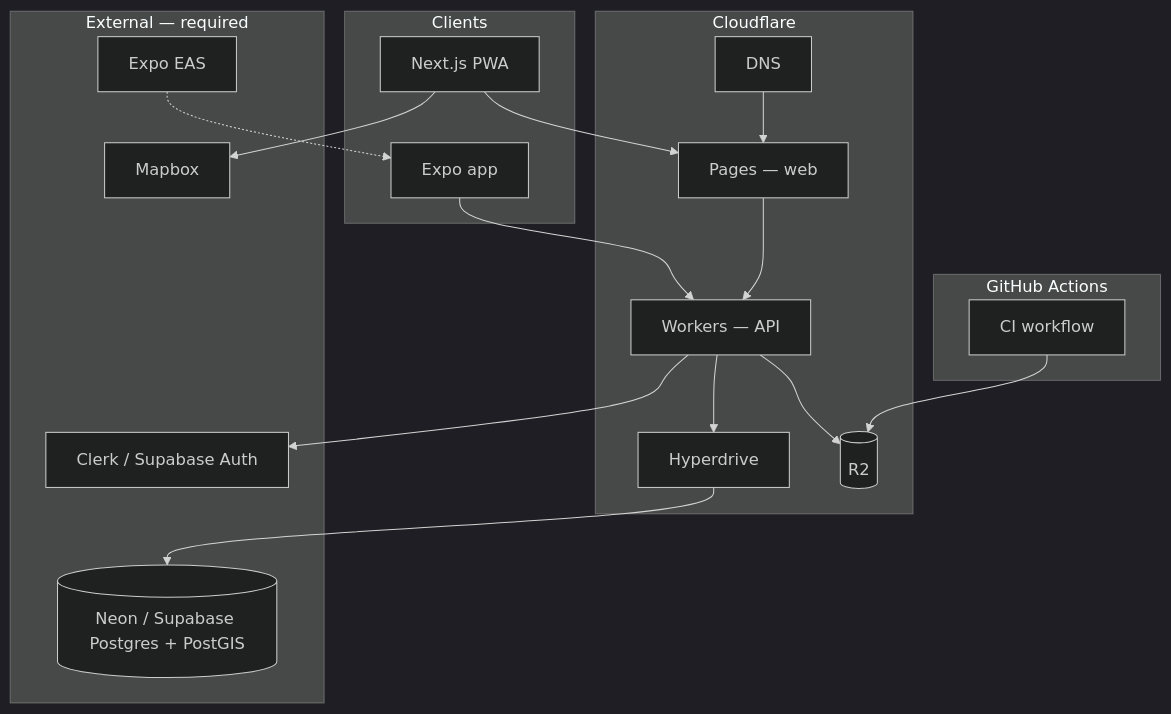
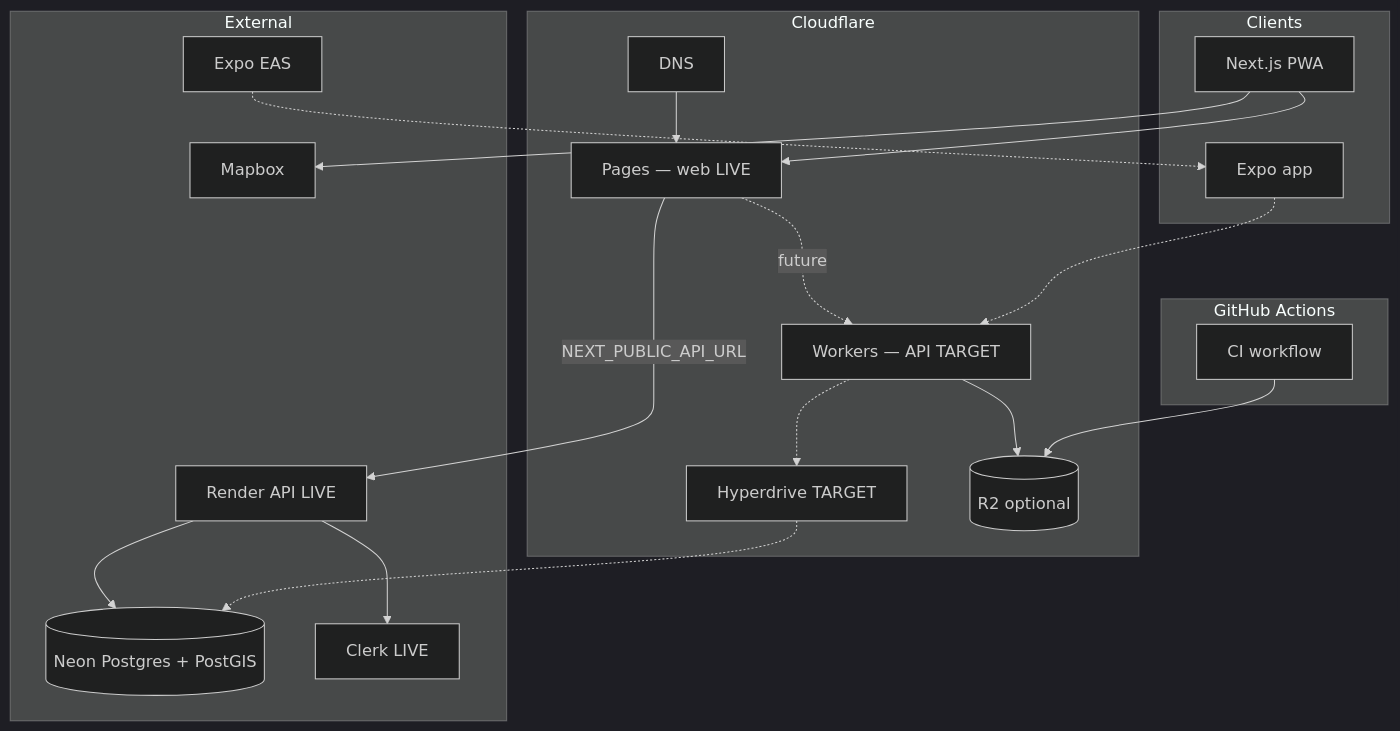
One commit to alexandrelheinen/freshy changed the second of 3 diagrams in docs/infrastructure.md. Above: the diagram before and after it, drawn with Mermaid (dark theme). The commit also changed other lines of this file and 7 other files, not shown here.

````diff
--- a/docs/infrastructure.md
+++ b/docs/infrastructure.md
@@ -55,37 +79,40 @@
 ```mermaid
 flowchart TB
     subgraph clients [Clients]
         Web[Next.js PWA]
         Mobile[Expo app]
     end
 
     subgraph cf [Cloudflare]
-        Pages[Pages — web]
-        Workers[Workers — API]
-        Hyperdrive[Hyperdrive]
-        R2[(R2)]
+        Pages[Pages — web LIVE]
+        Workers[Workers — API TARGET]
+        Hyperdrive[Hyperdrive TARGET]
+        R2[(R2 optional)]
         DNS[DNS]
     end
 
-    subgraph external [External — required]
-        PG[(Neon / Supabase Postgres + PostGIS)]
+    subgraph external [External]
+        Render[Render API LIVE]
+        PG[(Neon Postgres + PostGIS)]
         Mapbox[Mapbox]
         EAS[Expo EAS]
-        Auth[Clerk / Supabase Auth]
+        Clerk[Clerk LIVE]
     end
 
     subgraph ci [GitHub Actions]
         GHA[CI workflow]
     end
 
     Web --> Pages
-    Mobile --> Workers
-    Pages --> Workers
-    Workers --> Hyperdrive --> PG
+    Pages -->|NEXT_PUBLIC_API_URL| Render
+    Pages -.->|future| Workers
+    Mobile -.-> Workers
+    Render --> PG
+    Workers -.-> Hyperdrive -.-> PG
     Workers --> R2
     Web --> Mapbox
-    Workers --> Auth
+    Render --> Clerk
     GHA --> R2
     EAS -.-> Mobile
     DNS --> Pages
 ```
````
